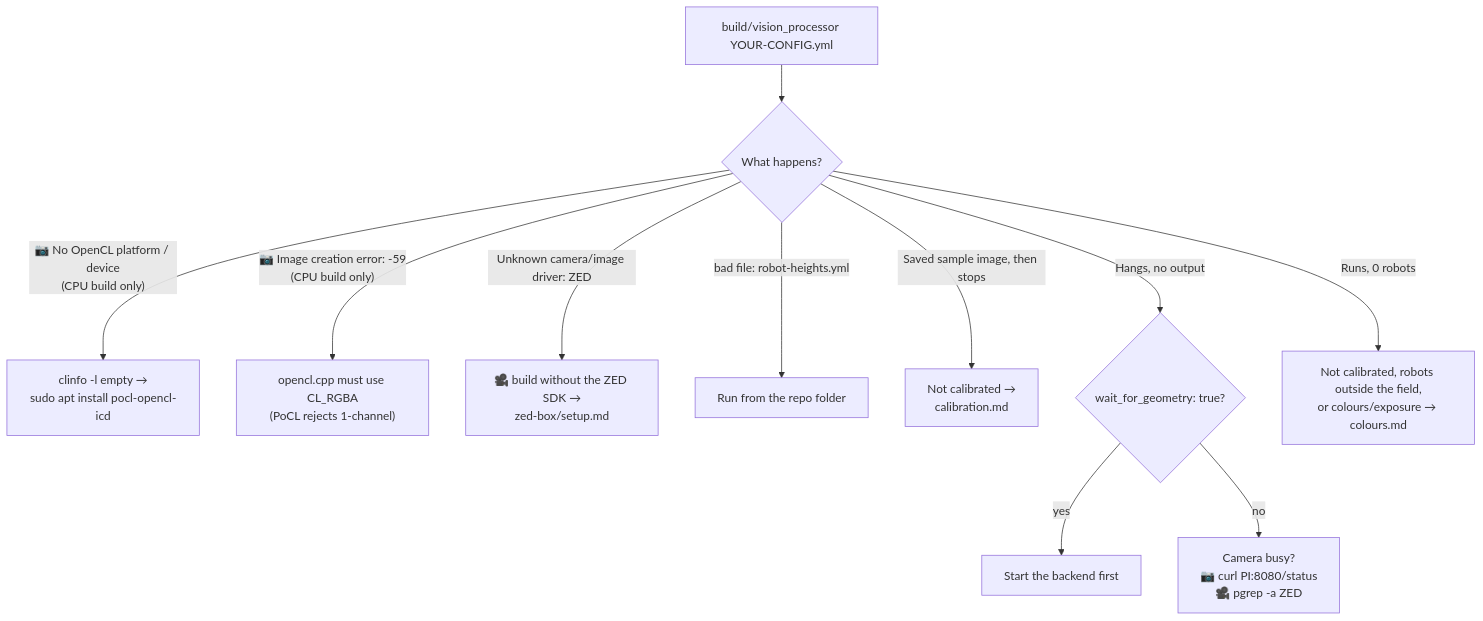
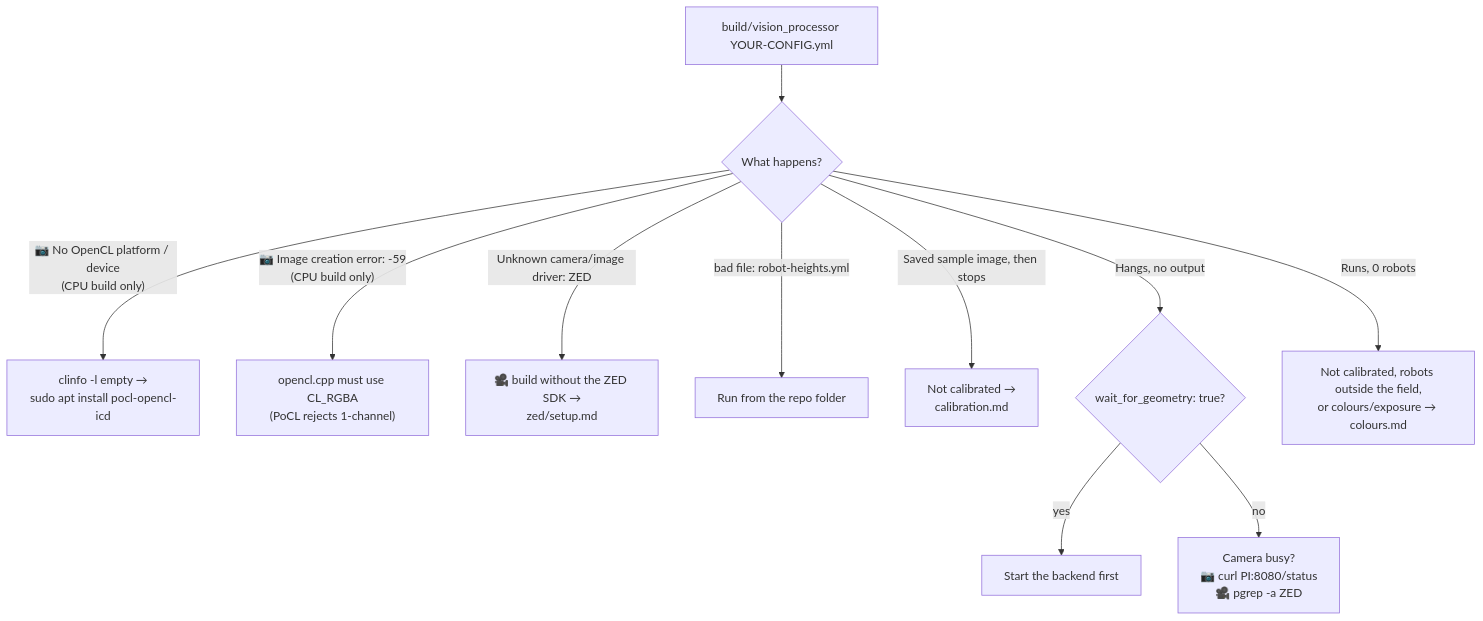
The second of 4 diagrams in docs/troubleshooting.md (WSU-TurtleRabbit/ssl-vision-processor), drawn with Mermaid before and after one commit. The commit also changed other lines of this file and 27 other files, not shown here.

````diff
--- a/docs/troubleshooting.md
+++ b/docs/troubleshooting.md
@@ -26,13 +26,13 @@
 ```mermaid
 flowchart TD
     A["build/vision_processor YOUR-CONFIG.yml"] --> B{"What happens?"}
     B -->|"📷 No OpenCL platform / device<br/>(CPU build only)"| B1["clinfo -l empty →<br/>sudo apt install pocl-opencl-icd"]
     B -->|"📷 Image creation error: -59<br/>(CPU build only)"| B9["opencl.cpp must use CL_RGBA<br/>(PoCL rejects 1-channel)"]
-    B -->|"Unknown camera/image driver: ZED"| B2["🎥 build without the ZED SDK →<br/>zed-box/setup.md"]
+    B -->|"Unknown camera/image driver: ZED"| B2["🎥 build without the ZED SDK →<br/>zed/setup.md"]
     B -->|"bad file: robot-heights.yml"| B3["Run from the repo folder"]
     B -->|"Saved sample image, then stops"| B4["Not calibrated →<br/>calibration.md"]
     B -->|"Hangs, no output"| B5{"wait_for_geometry: true?"}
     B5 -->|yes| B6["Start the backend first"]
     B5 -->|no| B7["Camera busy?<br/>📷 curl PI:8080/status<br/>🎥 pgrep -a ZED"]
     B -->|"Runs, 0 robots"| B8["Not calibrated, robots outside the field,<br/>or colours/exposure → colours.md"]
 ```
````
